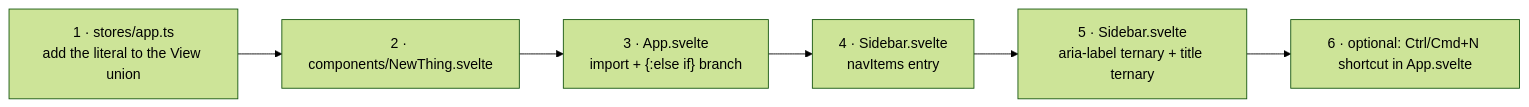
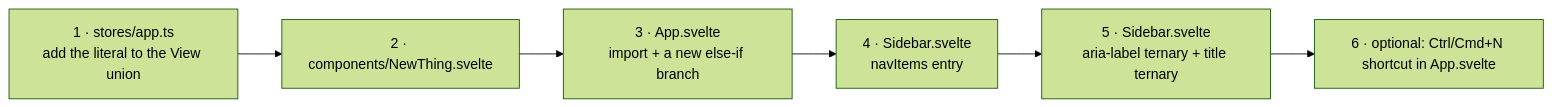
The first of 2 diagrams in Obsidian/Architecture/Svelte Frontend.md (jnowat/SteloPTC), drawn with Mermaid (forest theme) before and after one commit. The commit also changed other lines of this file and 7 other files, not shown here.

First line of the commit message:
docs(obsidian): add the Workflows folder, fix frontmatter and mermaid syntax

````diff
--- a/Obsidian/Architecture/Svelte Frontend.md
+++ b/Obsidian/Architecture/Svelte Frontend.md
@@ -128,8 +128,8 @@
 ```mermaid
 flowchart LR
   A["1 · stores/app.ts<br/>add the literal to the View union"] --> B["2 · components/NewThing.svelte"]
-  B --> C["3 · App.svelte<br/>import + {:else if} branch"]
+  B --> C["3 · App.svelte<br/>import + a new else-if branch"]
   C --> D["4 · Sidebar.svelte<br/>navItems entry"]
   D --> E["5 · Sidebar.svelte<br/>aria-label ternary + title ternary"]
   E --> F["6 · optional: Ctrl/Cmd+N shortcut in App.svelte"]
 ```
````
